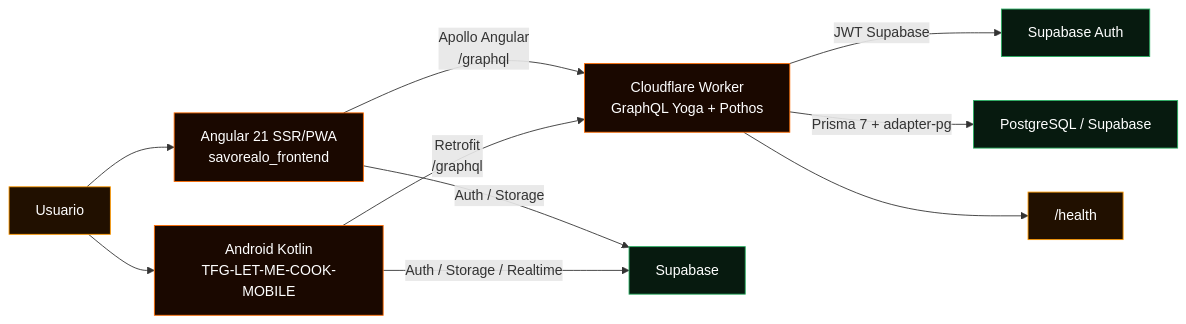
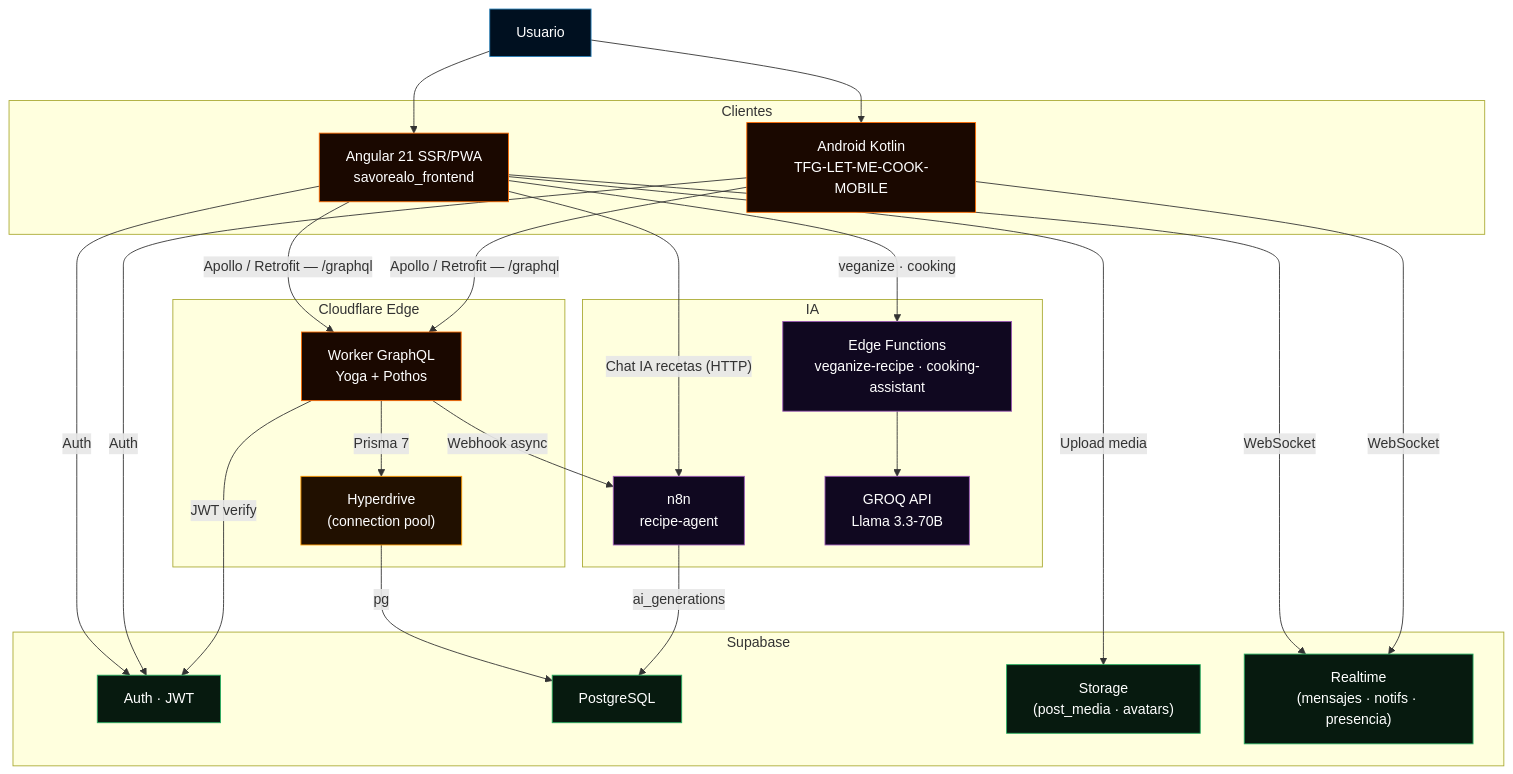
The first of 2 diagrams in README.md (savorealo/savorealo), drawn with Mermaid before and after one commit. The commit also changed other lines of this file and 1 other file, not shown here.

Commit message:
cambios en el readme

````diff
--- a/README.md
+++ b/README.md
@@ -205,19 +205,52 @@
 ```mermaid
-flowchart LR
-  U["Usuario"] --> A["Angular 21 SSR/PWA<br/>savorealo_frontend"]
-  U --> M["Android Kotlin<br/>TFG-LET-ME-COOK-MOBILE"]
-  A -->|Apollo Angular<br/>/graphql| W["Cloudflare Worker<br/>GraphQL Yoga + Pothos"]
-  M -->|Retrofit<br/>/graphql| W
-  A -->|Auth / Storage| S["Supabase"]
-  M -->|Auth / Storage / Realtime| S
-  W -->|JWT Supabase| AUTH["Supabase Auth"]
-  W -->|Prisma 7 + adapter-pg| DB["PostgreSQL / Supabase"]
-  W --> H["/health"]
+flowchart TB
+  U["Usuario"]
+
+  subgraph CLIENTS["Clientes"]
+    A["Angular 21 SSR/PWA<br/>savorealo_frontend"]
+    M["Android Kotlin<br/>TFG-LET-ME-COOK-MOBILE"]
+  end
+
+  subgraph CF["Cloudflare Edge"]
+    W["Worker GraphQL<br/>Yoga + Pothos"]
+    HYP["Hyperdrive<br/>(connection pool)"]
+  end
+
+  subgraph SB["Supabase"]
+    AUTH["Auth · JWT"]
+    DB["PostgreSQL"]
+    STORE["Storage<br/>(post_media · avatars)"]
+    RT["Realtime<br/>(mensajes · notifs · presencia)"]
+  end
+
+  subgraph AI["IA"]
+    N8N["n8n<br/>recipe-agent"]
+    EF["Edge Functions<br/>veganize-recipe · cooking-assistant"]
+    GROQ["GROQ API<br/>Llama 3.3-70B"]
+  end
+
+  U --> A & M
+  A & M -->|"Apollo / Retrofit — /graphql"| W
+  A & M -->|"Auth"| AUTH
+  A & M -->|"WebSocket"| RT
+  A -->|"Upload media"| STORE
+  A -->|"Chat IA recetas (HTTP)"| N8N
+  A -->|"veganize · cooking"| EF
+  W -->|"JWT verify"| AUTH
+  W -->|"Prisma 7"| HYP
+  HYP -->|"pg"| DB
+  W -->|"Webhook async"| N8N
+  N8N -->|"ai_generations"| DB
+  EF --> GROQ
 
   classDef orange fill:#1a0800,stroke:#ff6b00,color:#fff;
   classDef amber fill:#211000,stroke:#ff9a00,color:#fff;
   classDef green fill:#071a0f,stroke:#27ae60,color:#fff;
+  classDef purple fill:#100820,stroke:#9b59b6,color:#fff;
+  classDef blue fill:#001020,stroke:#2980b9,color:#fff;
   class A,M,W orange;
-  class DB,S,AUTH green;
-  class U,H amber;
+  class DB,AUTH,STORE,RT green;
+  class HYP amber;
+  class N8N,EF,GROQ purple;
+  class U blue;
 ```
````
